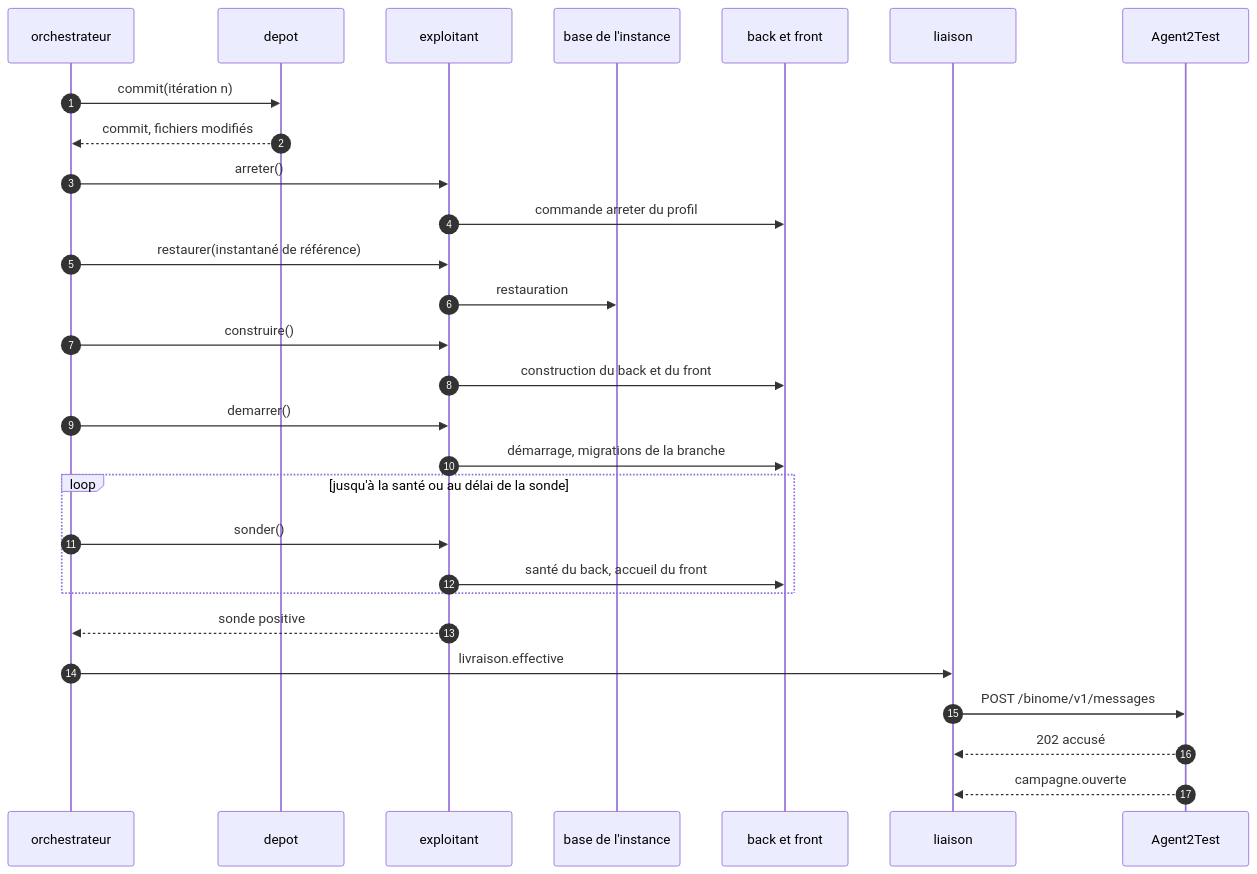
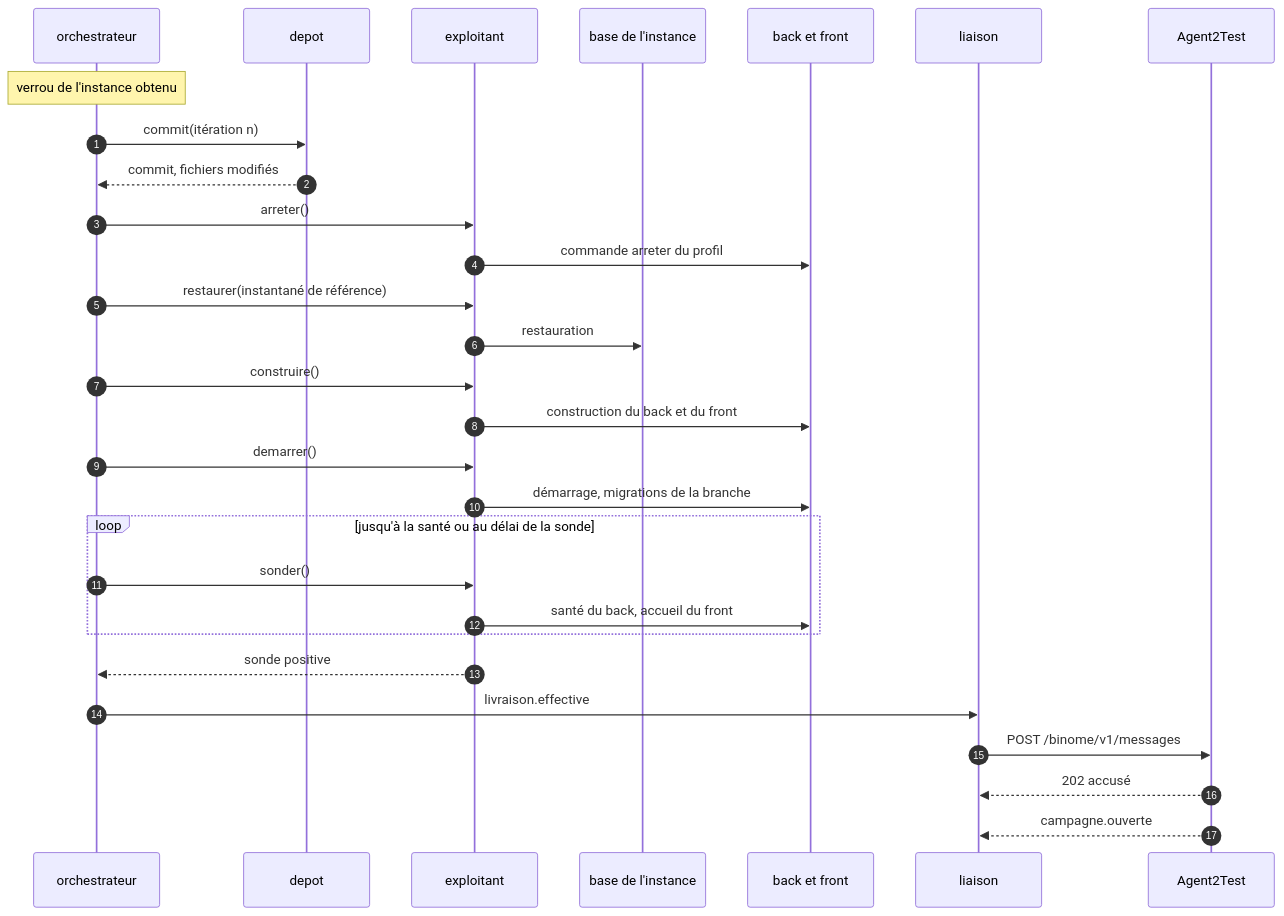
Before and after one commit to FredGarcia/Agent2Dev: the seventh of 7 diagrams in 01-architecture.md, drawn with Mermaid. The commit also changed other lines of this file and 4 other files, not shown here.

````diff
--- a/01-architecture.md
+++ b/01-architecture.md
@@ -800,30 +810,31 @@
 ```mermaid
 sequenceDiagram
   autonumber
   participant O as orchestrateur
   participant P as depot
   participant X as exploitant
   participant B as base de l'instance
   participant A as back et front
   participant L as liaison
   participant T as Agent2Test
+  Note over O: verrou de l'instance obtenu
   O->>P: commit(itération n)
   P-->>O: commit, fichiers modifiés
   O->>X: arreter()
   X->>A: commande arreter du profil
   O->>X: restaurer(instantané de référence)
   X->>B: restauration
   O->>X: construire()
   X->>A: construction du back et du front
   O->>X: demarrer()
   X->>A: démarrage, migrations de la branche
   loop jusqu'à la santé ou au délai de la sonde
     O->>X: sonder()
     X->>A: santé du back, accueil du front
   end
   X-->>O: sonde positive
   O->>L: livraison.effective
   L->>T: POST /binome/v1/messages
   T-->>L: 202 accusé
   T-->>L: campagne.ouverte
 ```
````
